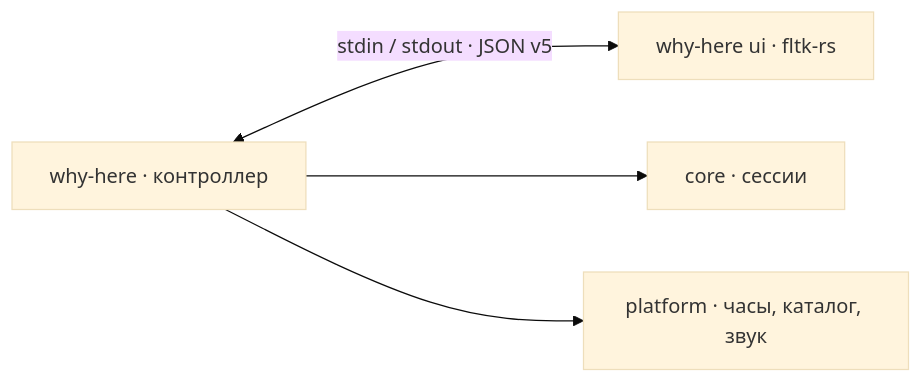
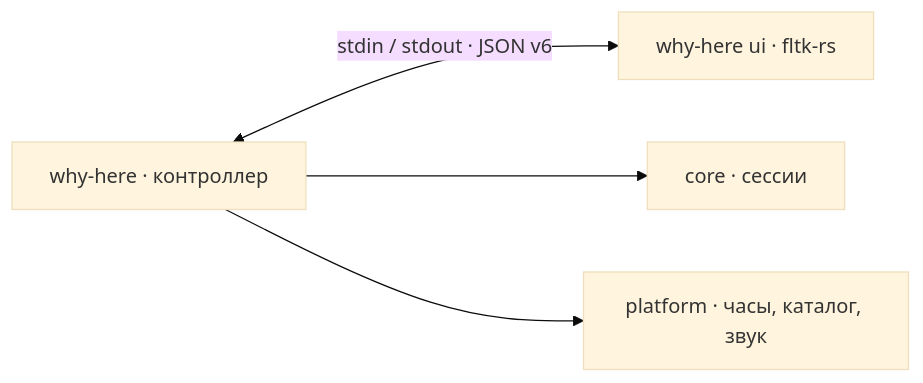
The diagram in README.ru.md (hlophlopgaming/why-i-m-here-RS), drawn with Mermaid (base theme) before and after one commit. The commit also changed other lines of this file and 5 other files, not shown here.

````diff
--- a/README.ru.md
+++ b/README.ru.md
@@ -282,6 +282,6 @@
 ```mermaid
 flowchart LR
-    D["why-here · контроллер"] <-->|"stdin / stdout · JSON v5"| U["why-here ui · fltk-rs"]
+    D["why-here · контроллер"] <-->|"stdin / stdout · JSON v6"| U["why-here ui · fltk-rs"]
     D --> C["core · сессии"]
     D --> P["platform · часы, каталог, звук"]
 ```
````
